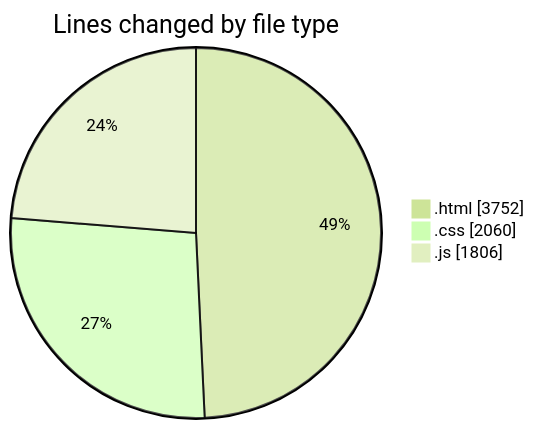
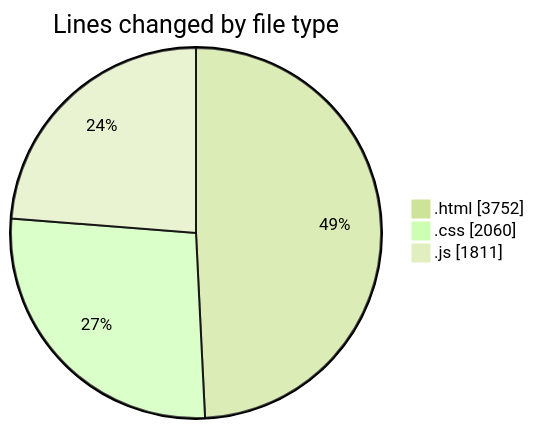
The first of 2 diagrams in 2025-05-24/projects/README.md (Ritupan-Deka/code-tracking), drawn with Mermaid (forest theme) before and after one commit. The commit also changed other lines of this file and 1 other file, not shown here.

````diff
--- a/2025-05-24/projects/README.md
+++ b/2025-05-24/projects/README.md
@@ -25,7 +25,7 @@
 ```mermaid
 pie showData
 title Lines changed by file type
 ".html" : 3752
 ".css" : 2060
-".js" : 1806
+".js" : 1811
 ```
````
